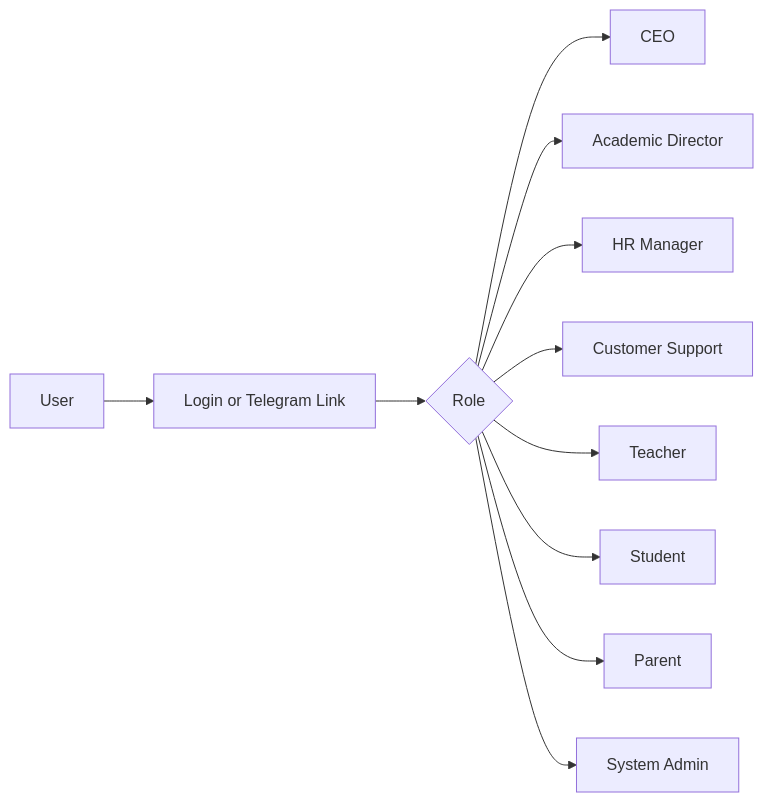
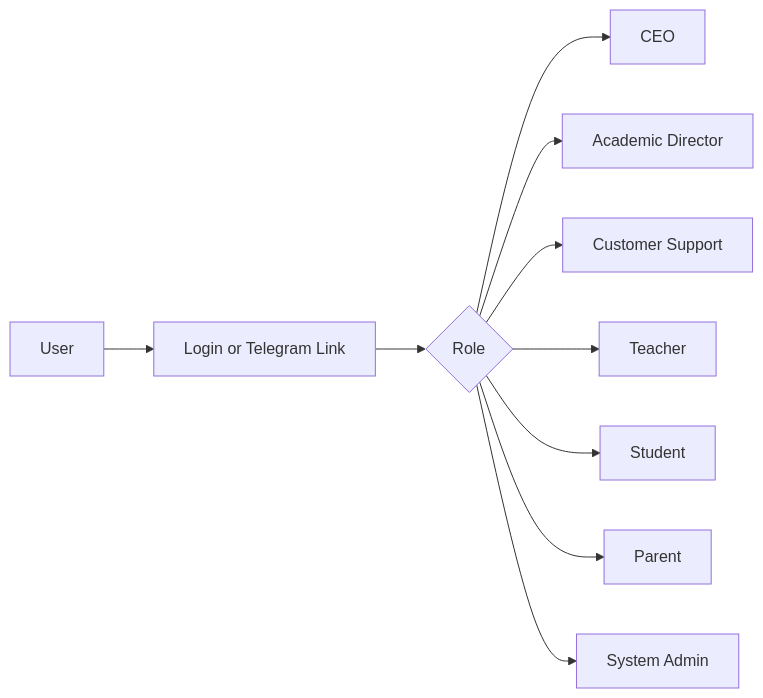
One commit to Khamid22/msischoolbot_v2 changed the second of 2 diagrams in docs/CEO_PRODUCT_VISION.md. Above: the diagram before and after it, drawn with Mermaid. The commit also changed other lines of this file and 92 other files, not shown here.

````diff
--- a/docs/CEO_PRODUCT_VISION.md
+++ b/docs/CEO_PRODUCT_VISION.md
@@ -66,13 +65,12 @@
 ```mermaid
 flowchart LR
     User[User] --> Login[Login or Telegram Link]
     Login --> Role{Role}
     Role --> CEO[CEO]
     Role --> AD[Academic Director]
-    Role --> HR[HR Manager]
     Role --> CS[Customer Support]
     Role --> T[Teacher]
     Role --> S[Student]
     Role --> P[Parent]
     Role --> SA[System Admin]
 ```
````
